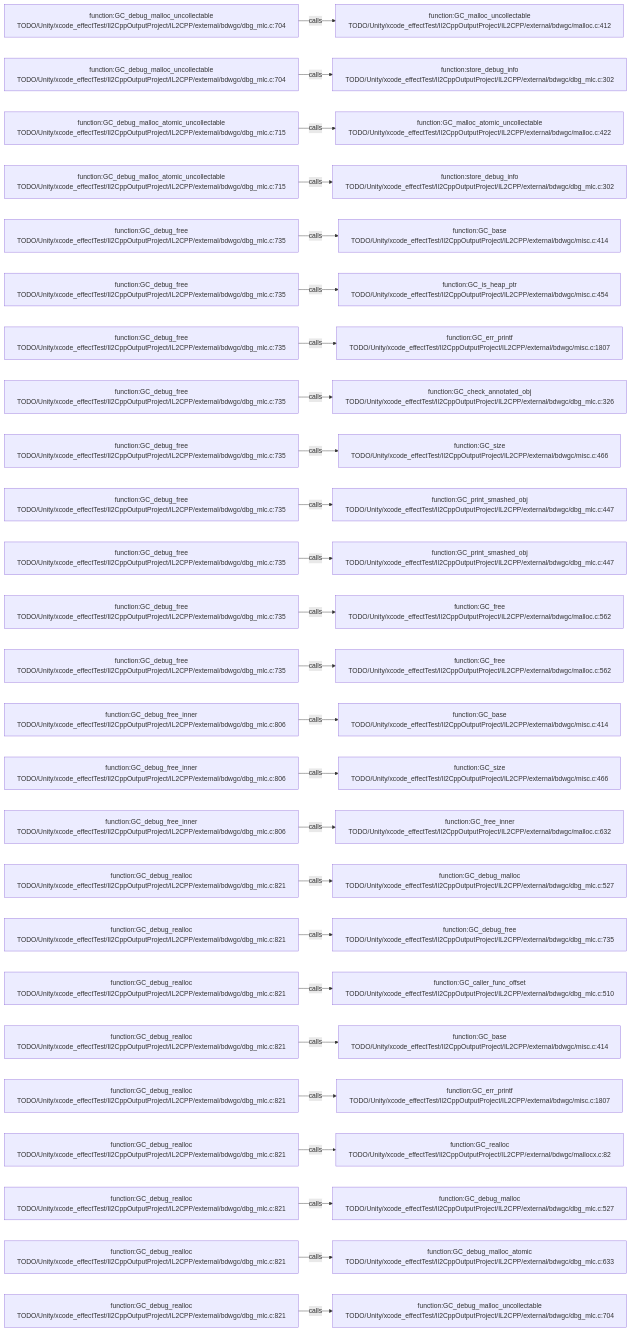
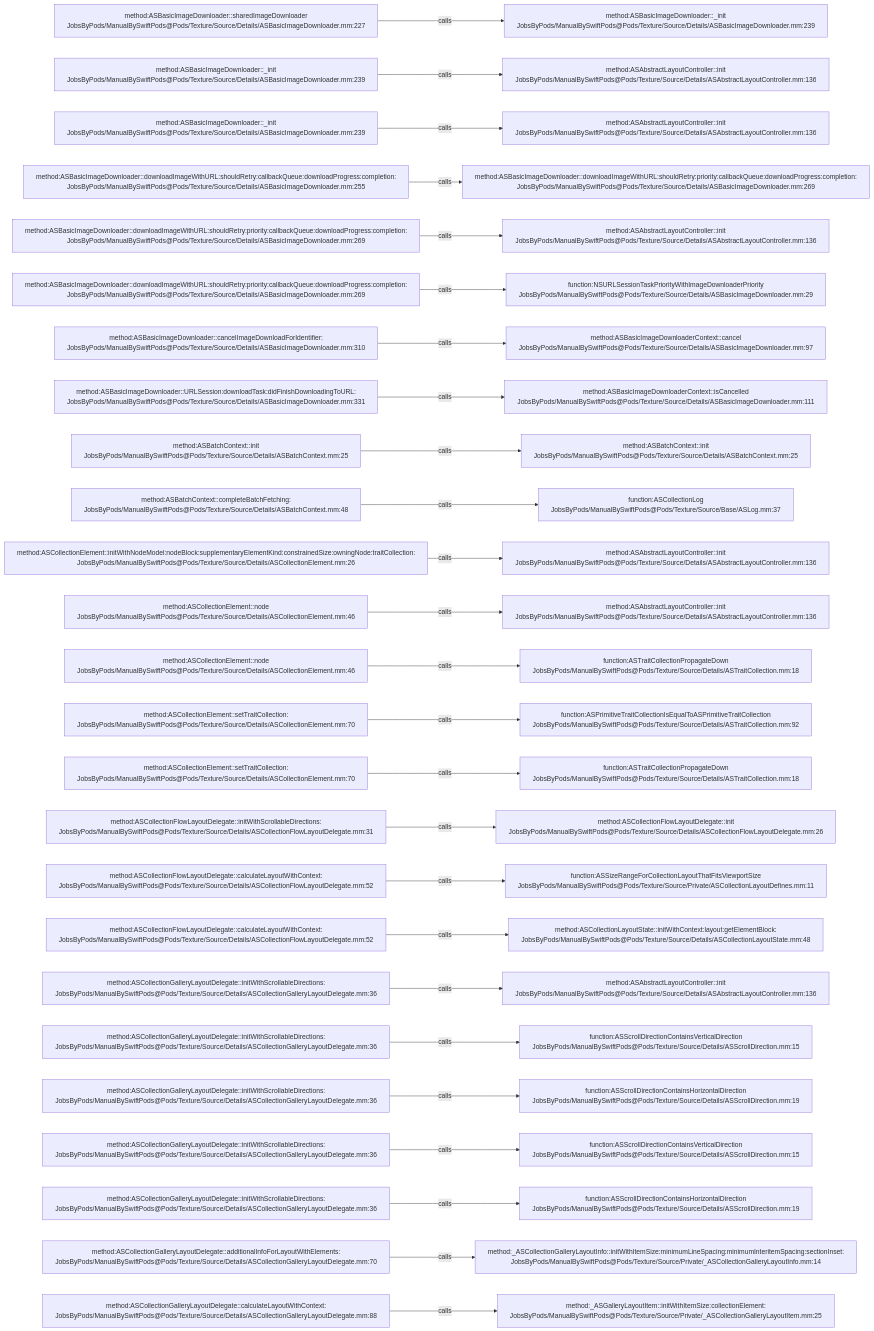
One commit to JobsKits/JobsSwiftBaseConfigDemo changed the diagram in .codegraph/codegraph.md/graphs/calls-101.md. Above: the diagram before and after it, drawn with Mermaid. The commit also changed 2959 other files, not shown here.

````diff
--- a/.codegraph/codegraph.md/graphs/calls-101.md
+++ b/.codegraph/codegraph.md/graphs/calls-101.md
@@ -13,78 +13,78 @@
 ```mermaid
 flowchart LR
-  S1["function:GC_debug_malloc_uncollectable<br/>TODO/Unity/xcode_effectTest/Il2CppOutputProject/IL2CPP/external/bdwgc/dbg_mlc.c:704"]
-  T1["function:GC_malloc_uncollectable<br/>TODO/Unity/xcode_effectTest/Il2CppOutputProject/IL2CPP/external/bdwgc/malloc.c:412"]
+  S1["method:ASBasicImageDownloader::sharedImageDownloader<br/>JobsByPods/ManualBySwiftPods@Pods/Texture/Source/Details/ASBasicImageDownloader.mm:227"]
+  T1["method:ASBasicImageDownloader::_init<br/>JobsByPods/ManualBySwiftPods@Pods/Texture/Source/Details/ASBasicImageDownloader.mm:239"]
   S1 -->|calls| T1
-  S2["function:GC_debug_malloc_uncollectable<br/>TODO/Unity/xcode_effectTest/Il2CppOutputProject/IL2CPP/external/bdwgc/dbg_mlc.c:704"]
-  T2["function:store_debug_info<br/>TODO/Unity/xcode_effectTest/Il2CppOutputProject/IL2CPP/external/bdwgc/dbg_mlc.c:302"]
+  S2["method:ASBasicImageDownloader::_init<br/>JobsByPods/ManualBySwiftPods@Pods/Texture/Source/Details/ASBasicImageDownloader.mm:239"]
+  T2["method:ASAbstractLayoutController::init<br/>JobsByPods/ManualBySwiftPods@Pods/Texture/Source/Details/ASAbstractLayoutController.mm:136"]
   S2 -->|calls| T2
-  S3["function:GC_debug_malloc_atomic_uncollectable<br/>TODO/Unity/xcode_effectTest/Il2CppOutputProject/IL2CPP/external/bdwgc/dbg_mlc.c:715"]
-  T3["function:GC_malloc_atomic_uncollectable<br/>TODO/Unity/xcode_effectTest/Il2CppOutputProject/IL2CPP/external/bdwgc/malloc.c:422"]
+  S3["method:ASBasicImageDownloader::_init<br/>JobsByPods/ManualBySwiftPods@Pods/Texture/Source/Details/ASBasicImageDownloader.mm:239"]
+  T3["method:ASAbstractLayoutController::init<br/>JobsByPods/ManualBySwiftPods@Pods/Texture/Source/Details/ASAbstractLayoutController.mm:136"]
   S3 -->|calls| T3
-  S4["function:GC_debug_malloc_atomic_uncollectable<br/>TODO/Unity/xcode_effectTest/Il2CppOutputProject/IL2CPP/external/bdwgc/dbg_mlc.c:715"]
-  T4["function:store_debug_info<br/>TODO/Unity/xcode_effectTest/Il2CppOutputProject/IL2CPP/external/bdwgc/dbg_mlc.c:302"]
+  S4["method:ASBasicImageDownloader::downloadImageWithURL:shouldRetry:callbackQueue:downloadProgress:completion:<br/>JobsByPods/ManualBySwiftPods@Pods/Texture/Source/Details/ASBasicImageDownloader.mm:255"]
+  T4["method:ASBasicImageDownloader::downloadImageWithURL:shouldRetry:priority:callbackQueue:downloadProgress:completion:<br/>JobsByPods/ManualBySwiftPods@Pods/Texture/Source/Details/ASBasicImageDownloader.mm:269"]
   S4 -->|calls| T4
-  S5["function:GC_debug_free<br/>TODO/Unity/xcode_effectTest/Il2CppOutputProject/IL2CPP/external/bdwgc/dbg_mlc.c:735"]
-  T5["function:GC_base<br/>TODO/Unity/xcode_effectTest/Il2CppOutputProject/IL2CPP/external/bdwgc/misc.c:414"]
+  S5["method:ASBasicImageDownloader::downloadImageWithURL:shouldRetry:priority:callbackQueue:downloadProgress:completion:<br/>JobsByPods/ManualBySwiftPods@Pods/Texture/Source/Details/ASBasicImageDownloader.mm:269"]
+  T5["method:ASAbstractLayoutController::init<br/>JobsByPods/ManualBySwiftPods@Pods/Texture/Source/Details/ASAbstractLayoutController.mm:136"]
   S5 -->|calls| T5
-  S6["function:GC_debug_free<br/>TODO/Unity/xcode_effectTest/Il2CppOutputProject/IL2CPP/external/bdwgc/dbg_mlc.c:735"]
-  T6["function:GC_is_heap_ptr<br/>TODO/Unity/xcode_effectTest/Il2CppOutputProject/IL2CPP/external/bdwgc/misc.c:454"]
+  S6["method:ASBasicImageDownloader::downloadImageWithURL:shouldRetry:priority:callbackQueue:downloadProgress:completion:<br/>JobsByPods/ManualBySwiftPods@Pods/Texture/Source/Details/ASBasicImageDownloader.mm:269"]
+  T6["function:NSURLSessionTaskPriorityWithImageDownloaderPriority<br/>JobsByPods/ManualBySwiftPods@Pods/Texture/Source/Details/ASBasicImageDownloader.mm:29"]
   S6 -->|calls| T6
-  S7["function:GC_debug_free<br/>TODO/Unity/xcode_effectTest/Il2CppOutputProject/IL2CPP/external/bdwgc/dbg_mlc.c:735"]
-  T7["function:GC_err_printf<br/>TODO/Unity/xcode_effectTest/Il2CppOutputProject/IL2CPP/external/bdwgc/misc.c:1807"]
+  S7["method:ASBasicImageDownloader::cancelImageDownloadForIdentifier:<br/>JobsByPods/ManualBySwiftPods@Pods/Texture/Source/Details/ASBasicImageDownloader.mm:310"]
+  T7["method:ASBasicImageDownloaderContext::cancel<br/>JobsByPods/ManualBySwiftPods@Pods/Texture/Source/Details/ASBasicImageDownloader.mm:97"]
   S7 -->|calls| T7
-  S8["function:GC_debug_free<br/>TODO/Unity/xcode_effectTest/Il2CppOutputProject/IL2CPP/external/bdwgc/dbg_mlc.c:735"]
-  T8["function:GC_check_annotated_obj<br/>TODO/Unity/xcode_effectTest/Il2CppOutputProject/IL2CPP/external/bdwgc/dbg_mlc.c:326"]
+  S8["method:ASBasicImageDownloader::URLSession:downloadTask:didFinishDownloadingToURL:<br/>JobsByPods/ManualBySwiftPods@Pods/Texture/Source/Details/ASBasicImageDownloader.mm:331"]
+  T8["method:ASBasicImageDownloaderContext::isCancelled<br/>JobsByPods/ManualBySwiftPods@Pods/Texture/Source/Details/ASBasicImageDownloader.mm:111"]
   S8 -->|calls| T8
-  S9["function:GC_debug_free<br/>TODO/Unity/xcode_effectTest/Il2CppOutputProject/IL2CPP/external/bdwgc/dbg_mlc.c:735"]
-  T9["function:GC_size<br/>TODO/Unity/xcode_effectTest/Il2CppOutputProject/IL2CPP/external/bdwgc/misc.c:466"]
+  S9["method:ASBatchContext::init<br/>JobsByPods/ManualBySwiftPods@Pods/Texture/Source/Details/ASBatchContext.mm:25"]
+  T9["method:ASBatchContext::init<br/>JobsByPods/ManualBySwiftPods@Pods/Texture/Source/Details/ASBatchContext.mm:25"]
   S9 -->|calls| T9
-  S10["function:GC_debug_free<br/>TODO/Unity/xcode_effectTest/Il2CppOutputProject/IL2CPP/external/bdwgc/dbg_mlc.c:735"]
-  T10["function:GC_print_smashed_obj<br/>TODO/Unity/xcode_effectTest/Il2CppOutputProject/IL2CPP/external/bdwgc/dbg_mlc.c:447"]
+  S10["method:ASBatchContext::completeBatchFetching:<br/>JobsByPods/ManualBySwiftPods@Pods/Texture/Source/Details/ASBatchContext.mm:48"]
+  T10["function:ASCollectionLog<br/>JobsByPods/ManualBySwiftPods@Pods/Texture/Source/Base/ASLog.mm:37"]
   S10 -->|calls| T10
-  S11["function:GC_debug_free<br/>TODO/Unity/xcode_effectTest/Il2CppOutputProject/IL2CPP/external/bdwgc/dbg_mlc.c:735"]
-  T11["function:GC_print_smashed_obj<br/>TODO/Unity/xcode_effectTest/Il2CppOutputProject/IL2CPP/external/bdwgc/dbg_mlc.c:447"]
+  S11["method:ASCollectionElement::initWithNodeModel:nodeBlock:supplementaryElementKind:constrainedSize:owningNode:traitCollection:<br/>JobsByPods/ManualBySwiftPods@Pods/Texture/Source/Details/ASCollectionElement.mm:26"]
+  T11["method:ASAbstractLayoutController::init<br/>JobsByPods/ManualBySwiftPods@Pods/Texture/Source/Details/ASAbstractLayoutController.mm:136"]
   S11 -->|calls| T11
-  S12["function:GC_debug_free<br/>TODO/Unity/xcode_effectTest/Il2CppOutputProject/IL2CPP/external/bdwgc/dbg_mlc.c:735"]
-  T12["function:GC_free<br/>TODO/Unity/xcode_effectTest/Il2CppOutputProject/IL2CPP/external/bdwgc/malloc.c:562"]
+  S12["method:ASCollectionElement::node<br/>JobsByPods/ManualBySwiftPods@Pods/Texture/Source/Details/ASCollectionElement.mm:46"]
+  T12["method:ASAbstractLayoutController::init<br/>JobsByPods/ManualBySwiftPods@Pods/Texture/Source/Details/ASAbstractLayoutController.mm:136"]
   S12 -->|calls| T12
-  S13["function:GC_debug_free<br/>TODO/Unity/xcode_effectTest/Il2CppOutputProject/IL2CPP/external/bdwgc/dbg_mlc.c:735"]
-  T13["function:GC_free<br/>TODO/Unity/xcode_effectTest/Il2CppOutputProject/IL2CPP/external/bdwgc/malloc.c:562"]
+  S13["method:ASCollectionElement::node<br/>JobsByPods/ManualBySwiftPods@Pods/Texture/Source/Details/ASCollectionElement.mm:46"]
+  T13["function:ASTraitCollectionPropagateDown<br/>JobsByPods/ManualBySwiftPods@Pods/Texture/Source/Details/ASTraitCollection.mm:18"]
   S13 -->|calls| T13
-  S14["function:GC_debug_free_inner<br/>TODO/Unity/xcode_effectTest/Il2CppOutputProject/IL2CPP/external/bdwgc/dbg_mlc.c:806"]
-  T14["function:GC_base<br/>TODO/Unity/xcode_effectTest/Il2CppOutputProject/IL2CPP/external/bdwgc/misc.c:414"]
+  S14["method:ASCollectionElement::setTraitCollection:<br/>JobsByPods/ManualBySwiftPods@Pods/Texture/Source/Details/ASCollectionElement.mm:70"]
+  T14["function:ASPrimitiveTraitCollectionIsEqualToASPrimitiveTraitCollection<br/>JobsByPods/ManualBySwiftPods@Pods/Texture/Source/Details/ASTraitCollection.mm:92"]
   S14 -->|calls| T14
-  S15["function:GC_debug_free_inner<br/>TODO/Unity/xcode_effectTest/Il2CppOutputProject/IL2CPP/external/bdwgc/dbg_mlc.c:806"]
-  T15["function:GC_size<br/>TODO/Unity/xcode_effectTest/Il2CppOutputProject/IL2CPP/external/bdwgc/misc.c:466"]
+  S15["method:ASCollectionElement::setTraitCollection:<br/>JobsByPods/ManualBySwiftPods@Pods/Texture/Source/Details/ASCollectionElement.mm:70"]
+  T15["function:ASTraitCollectionPropagateDown<br/>JobsByPods/ManualBySwiftPods@Pods/Texture/Source/Details/ASTraitCollection.mm:18"]
   S15 -->|calls| T15
-  S16["function:GC_debug_free_inner<br/>TODO/Unity/xcode_effectTest/Il2CppOutputProject/IL2CPP/external/bdwgc/dbg_mlc.c:806"]
-  T16["function:GC_free_inner<br/>TODO/Unity/xcode_effectTest/Il2CppOutputProject/IL2CPP/external/bdwgc/malloc.c:632"]
+  S16["method:ASCollectionFlowLayoutDelegate::initWithScrollableDirections:<br/>JobsByPods/ManualBySwiftPods@Pods/Texture/Source/Details/ASCollectionFlowLayoutDelegate.mm:31"]
+  T16["method:ASCollectionFlowLayoutDelegate::init<br/>JobsByPods/ManualBySwiftPods@Pods/Texture/Source/Details/ASCollectionFlowLayoutDelegate.mm:26"]
   S16 -->|calls| T16
-  S17["function:GC_debug_realloc<br/>TODO/Unity/xcode_effectTest/Il2CppOutputProject/IL2CPP/external/bdwgc/dbg_mlc.c:821"]
-  T17["function:GC_debug_malloc<br/>TODO/Unity/xcode_effectTest/Il2CppOutputProject/IL2CPP/external/bdwgc/dbg_mlc.c:527"]
+  S17["method:ASCollectionFlowLayoutDelegate::calculateLayoutWithContext:<br/>JobsByPods/ManualBySwiftPods@Pods/Texture/Source/Details/ASCollectionFlowLayoutDelegate.mm:52"]
+  T17["function:ASSizeRangeForCollectionLayoutThatFitsViewportSize<br/>JobsByPods/ManualBySwiftPods@Pods/Texture/Source/Private/ASCollectionLayoutDefines.mm:11"]
   S17 -->|calls| T17
-  S18["function:GC_debug_realloc<br/>TODO/Unity/xcode_effectTest/Il2CppOutputProject/IL2CPP/external/bdwgc/dbg_mlc.c:821"]
-  T18["function:GC_debug_free<br/>TODO/Unity/xcode_effectTest/Il2CppOutputProject/IL2CPP/external/bdwgc/dbg_mlc.c:735"]
+  S18["method:ASCollectionFlowLayoutDelegate::calculateLayoutWithContext:<br/>JobsByPods/ManualBySwiftPods@Pods/Texture/Source/Details/ASCollectionFlowLayoutDelegate.mm:52"]
+  T18["method:ASCollectionLayoutState::initWithContext:layout:getElementBlock:<br/>JobsByPods/ManualBySwiftPods@Pods/Texture/Source/Details/ASCollectionLayoutState.mm:48"]
   S18 -->|calls| T18
-  S19["function:GC_debug_realloc<br/>TODO/Unity/xcode_effectTest/Il2CppOutputProject/IL2CPP/external/bdwgc/dbg_mlc.c:821"]
-  T19["function:GC_caller_func_offset<br/>TODO/Unity/xcode_effectTest/Il2CppOutputProject/IL2CPP/external/bdwgc/dbg_mlc.c:510"]
+  S19["method:ASCollectionGalleryLayoutDelegate::initWithScrollableDirections:<br/>JobsByPods/ManualBySwiftPods@Pods/Texture/Source/Details/ASCollectionGalleryLayoutDelegate.mm:36"]
+  T19["method:ASAbstractLayoutController::init<br/>JobsByPods/ManualBySwiftPods@Pods/Texture/Source/Details/ASAbstractLayoutController.mm:136"]
   S19 -->|calls| T19
-  S20["function:GC_debug_realloc<br/>TODO/Unity/xcode_effectTest/Il2CppOutputProject/IL2CPP/external/bdwgc/dbg_mlc.c:821"]
-  T20["function:GC_base<br/>TODO/Unity/xcode_effectTest/Il2CppOutputProject/IL2CPP/external/bdwgc/misc.c:414"]
+  S20["method:ASCollectionGalleryLayoutDelegate::initWithScrollableDirections:<br/>JobsByPods/ManualBySwiftPods@Pods/Texture/Source/Details/ASCollectionGalleryLayoutDelegate.mm:36"]
+  T20["function:ASScrollDirectionContainsVerticalDirection<br/>JobsByPods/ManualBySwiftPods@Pods/Texture/Source/Details/ASScrollDirection.mm:15"]
   S20 -->|calls| T20
-  S21["function:GC_debug_realloc<br/>TODO/Unity/xcode_effectTest/Il2CppOutputProject/IL2CPP/external/bdwgc/dbg_mlc.c:821"]
-  T21["function:GC_err_printf<br/>TODO/Unity/xcode_effectTest/Il2CppOutputProject/IL2CPP/external/bdwgc/misc.c:1807"]
+  S21["method:ASCollectionGalleryLayoutDelegate::initWithScrollableDirections:<br/>JobsByPods/ManualBySwiftPods@Pods/Texture/Source/Details/ASCollectionGalleryLayoutDelegate.mm:36"]
+  T21["function:ASScrollDirectionContainsHorizontalDirection<br/>JobsByPods/ManualBySwiftPods@Pods/Texture/Source/Details/ASScrollDirection.mm:19"]
   S21 -->|calls| T21
-  S22["function:GC_debug_realloc<br/>TODO/Unity/xcode_effectTest/Il2CppOutputProject/IL2CPP/external/bdwgc/dbg_mlc.c:821"]
-  T22["function:GC_realloc<br/>TODO/Unity/xcode_effectTest/Il2CppOutputProject/IL2CPP/external/bdwgc/mallocx.c:82"]
+  S22["method:ASCollectionGalleryLayoutDelegate::initWithScrollableDirections:<br/>JobsByPods/ManualBySwiftPods@Pods/Texture/Source/Details/ASCollectionGalleryLayoutDelegate.mm:36"]
+  T22["function:ASScrollDirectionContainsVerticalDirection<br/>JobsByPods/ManualBySwiftPods@Pods/Texture/Source/Details/ASScrollDirection.mm:15"]
   S22 -->|calls| T22
-  S23["function:GC_debug_realloc<br/>TODO/Unity/xcode_effectTest/Il2CppOutputProject/IL2CPP/external/bdwgc/dbg_mlc.c:821"]
-  T23["function:GC_debug_malloc<br/>TODO/Unity/xcode_effectTest/Il2CppOutputProject/IL2CPP/external/bdwgc/dbg_mlc.c:527"]
+  S23["method:ASCollectionGalleryLayoutDelegate::initWithScrollableDirections:<br/>JobsByPods/ManualBySwiftPods@Pods/Texture/Source/Details/ASCollectionGalleryLayoutDelegate.mm:36"]
+  T23["function:ASScrollDirectionContainsHorizontalDirection<br/>JobsByPods/ManualBySwiftPods@Pods/Texture/Source/Details/ASScrollDirection.mm:19"]
   S23 -->|calls| T23
-  S24["function:GC_debug_realloc<br/>TODO/Unity/xcode_effectTest/Il2CppOutputProject/IL2CPP/external/bdwgc/dbg_mlc.c:821"]
-  T24["function:GC_debug_malloc_atomic<br/>TODO/Unity/xcode_effectTest/Il2CppOutputProject/IL2CPP/external/bdwgc/dbg_mlc.c:633"]
+  S24["method:ASCollectionGalleryLayoutDelegate::additionalInfoForLayoutWithElements:<br/>JobsByPods/ManualBySwiftPods@Pods/Texture/Source/Details/ASCollectionGalleryLayoutDelegate.mm:70"]
+  T24["method:_ASCollectionGalleryLayoutInfo::initWithItemSize:minimumLineSpacing:minimumInteritemSpacing:sectionInset:<br/>JobsByPods/ManualBySwiftPods@Pods/Texture/Source/Private/_ASCollectionGalleryLayoutInfo.mm:14"]
   S24 -->|calls| T24
-  S25["function:GC_debug_realloc<br/>TODO/Unity/xcode_effectTest/Il2CppOutputProject/IL2CPP/external/bdwgc/dbg_mlc.c:821"]
-  T25["function:GC_debug_malloc_uncollectable<br/>TODO/Unity/xcode_effectTest/Il2CppOutputProject/IL2CPP/external/bdwgc/dbg_mlc.c:704"]
+  S25["method:ASCollectionGalleryLayoutDelegate::calculateLayoutWithContext:<br/>JobsByPods/ManualBySwiftPods@Pods/Texture/Source/Details/ASCollectionGalleryLayoutDelegate.mm:88"]
+  T25["method:_ASGalleryLayoutItem::initWithItemSize:collectionElement:<br/>JobsByPods/ManualBySwiftPods@Pods/Texture/Source/Private/_ASCollectionGalleryLayoutItem.mm:25"]
   S25 -->|calls| T25
 ```
````
